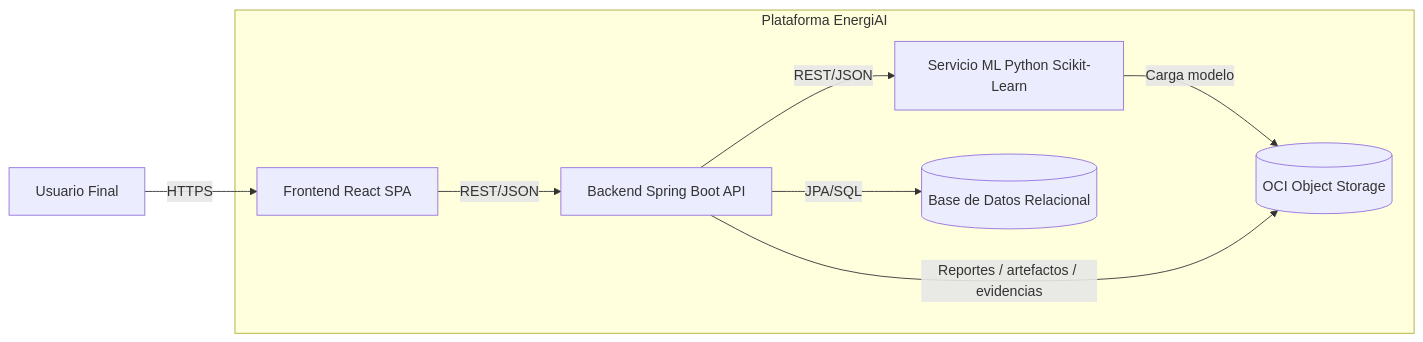
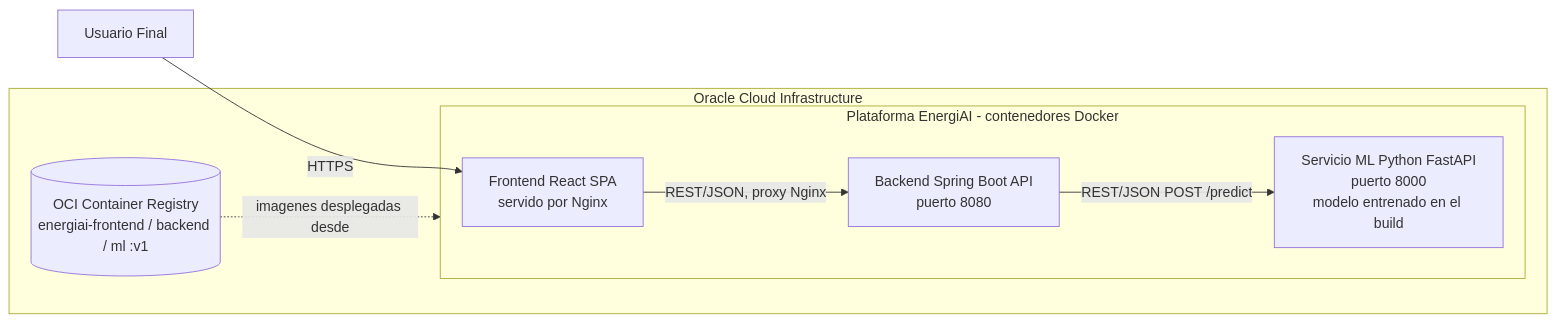
Before and after one commit to No-Country-simulation/EnergiAI-G9-Latam-Team15: the diagram in diagrams/02-C4-Nivel-2-Contenedores.md, drawn with Mermaid. The commit also changed other lines of this file and 8 other files, not shown here.

First line of the commit message:
docs(architecture): actualiza arquitectura y contratos al sistema real desplegado

````diff
--- a/diagrams/02-C4-Nivel-2-Contenedores.md
+++ b/diagrams/02-C4-Nivel-2-Contenedores.md
@@ -8,19 +9,18 @@
 ```mermaid
 flowchart LR
     User[Usuario Final]
 
-    subgraph EnergiAI[Plataforma EnergiAI]
-        FE[Frontend React SPA]
-        BE[Backend Spring Boot API]
-        ML[Servicio ML Python Scikit-Learn]
-        DB[(Base de Datos Relacional)]
-        OS[(OCI Object Storage)]
+    subgraph OCI[Oracle Cloud Infrastructure]
+        subgraph EnergiAI[Plataforma EnergiAI - contenedores Docker]
+            FE[Frontend React SPA<br/>servido por Nginx]
+            BE[Backend Spring Boot API<br/>puerto 8080]
+            ML[Servicio ML Python FastAPI<br/>puerto 8000<br/>modelo entrenado en el build]
+        end
+        OCIR[(OCI Container Registry<br/>energiai-frontend / backend / ml :v1)]
     end
 
     User -->|HTTPS| FE
-    FE -->|REST/JSON| BE
-    BE -->|REST/JSON| ML
-    BE -->|JPA/SQL| DB
-    ML -->|Carga modelo| OS
-    BE -->|Reportes / artefactos / evidencias| OS
+    FE -->|REST/JSON, proxy Nginx| BE
+    BE -->|REST/JSON POST /predict| ML
+    OCIR -.->|imagenes desplegadas desde| EnergiAI
 ```
````
